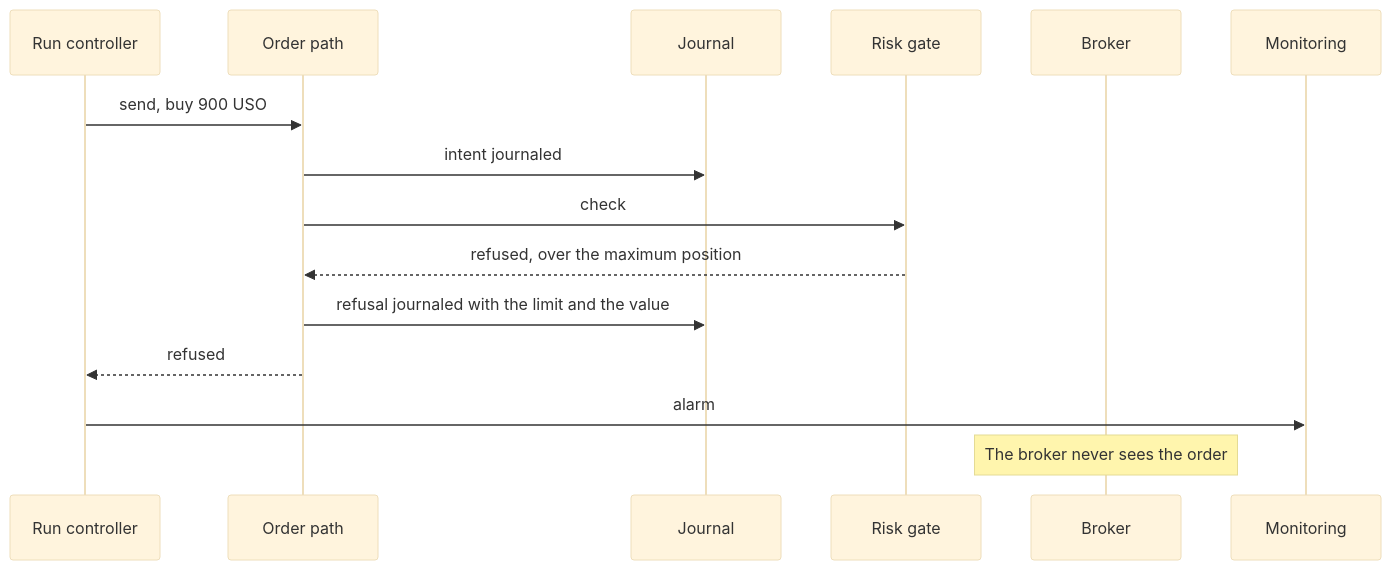
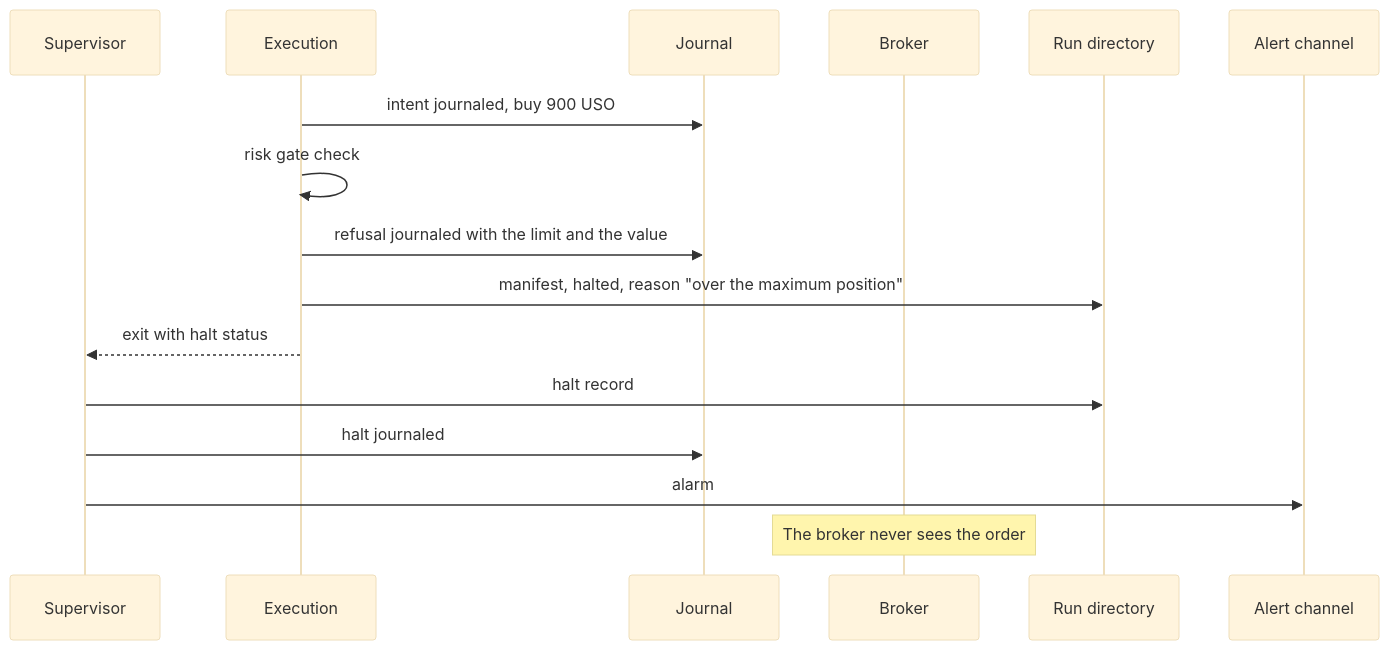
One commit to l3a0/ithildin-runtime changed the seventh of 16 diagrams in docs/architecture.md. Above: the diagram before and after it, drawn with Mermaid (base theme). The commit also changed other lines of this file and 2 other files, not shown here.

First line of the commit message:
docs(architecture): run each module as its own worker, passing files

````diff
--- a/docs/architecture.md
+++ b/docs/architecture.md
@@ -559,18 +626,19 @@
 ```mermaid
 sequenceDiagram
-    participant R as Run controller
-    participant X as Order path
+    participant V as Supervisor
+    participant X as Execution
     participant J as Journal
-    participant G as Risk gate
     participant B as Broker
-    participant M as Monitoring
+    participant F as Run directory
+    participant L as Alert channel
 
-    R->>X: send, buy 900 USO
-    X->>J: intent journaled
-    X->>G: check
-    G-->>X: refused, over the maximum position
+    X->>J: intent journaled, buy 900 USO
+    X->>X: risk gate check
     X->>J: refusal journaled with the limit and the value
-    X-->>R: refused
-    R->>M: alarm
+    X->>F: manifest, halted, reason "over the maximum position"
+    X-->>V: exit with halt status
+    V->>F: halt record
+    V->>J: halt journaled
+    V->>L: alarm
     Note over B: The broker never sees the order
 ```
````
